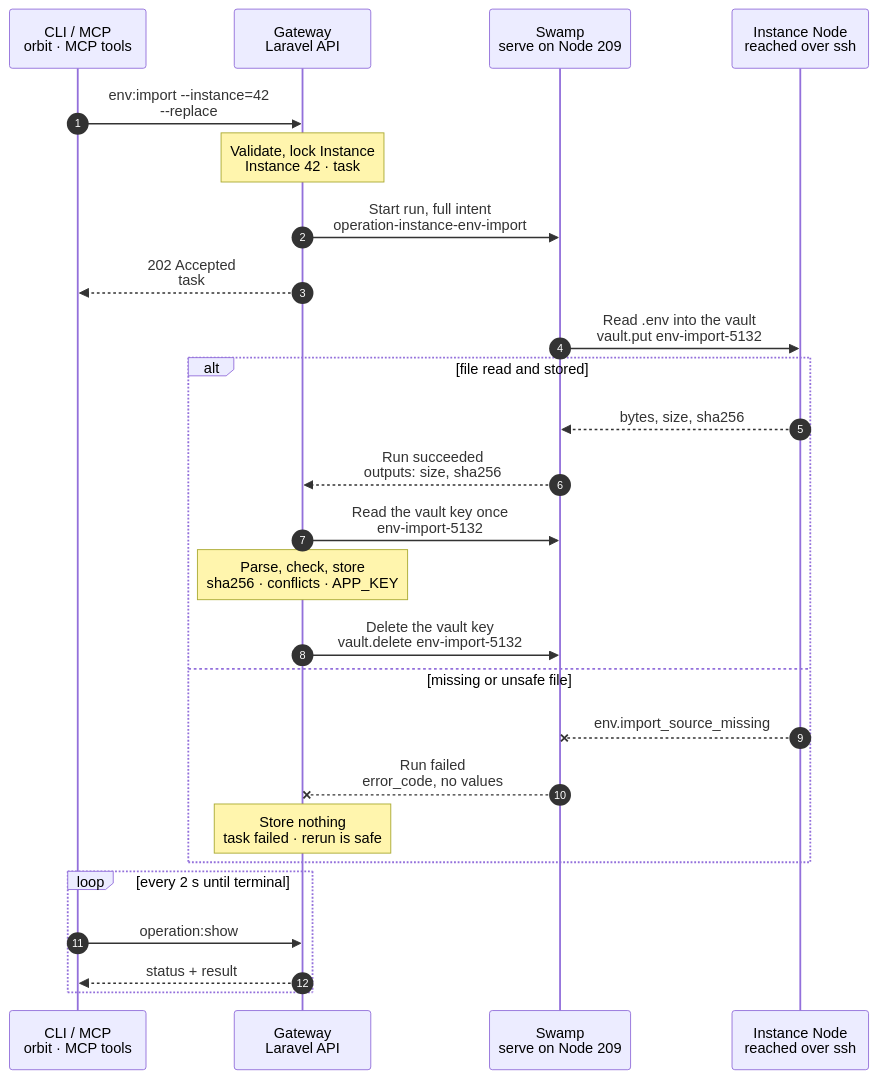
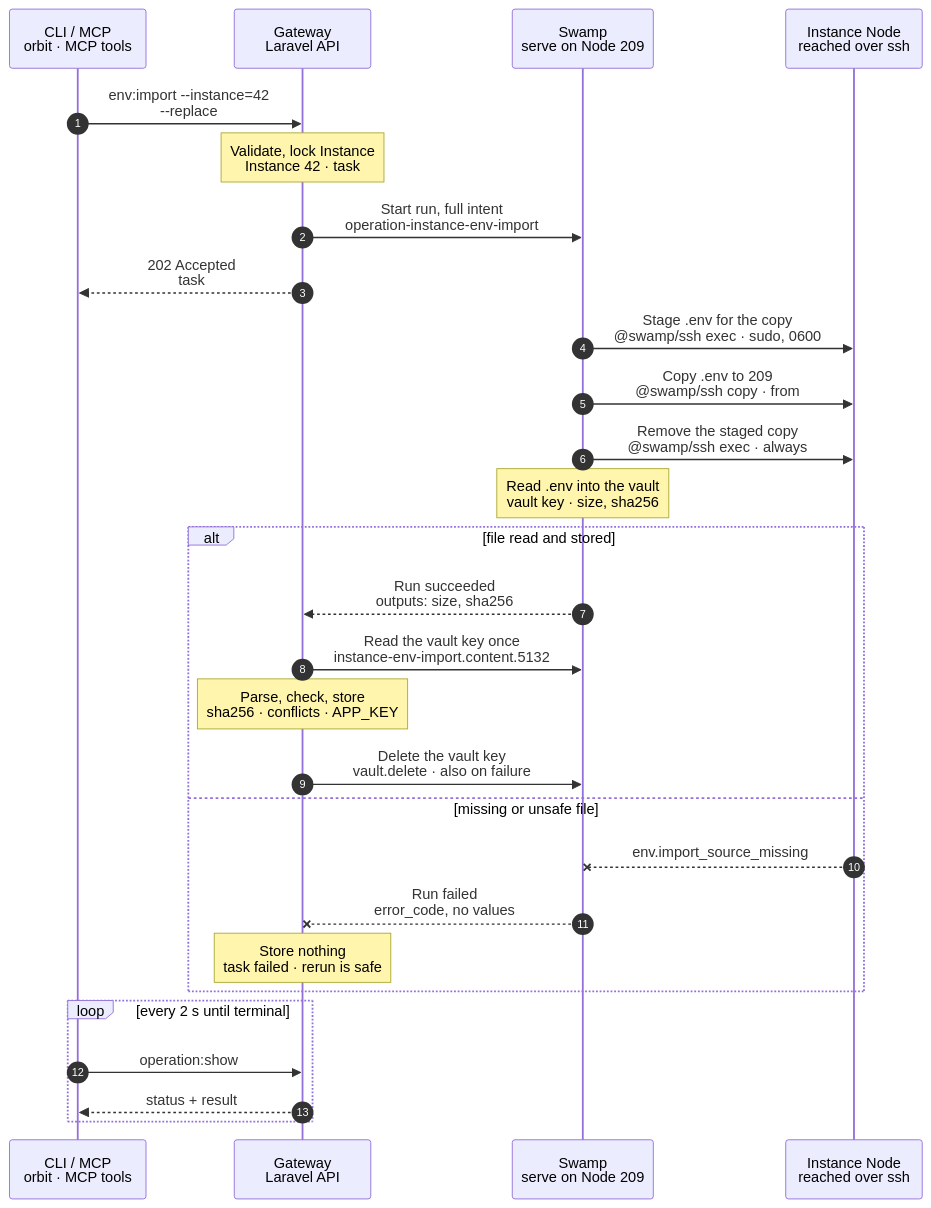
Before and after one commit to hardimpactdev/orbit: the diagram in docs/cli/env/import.mmd, drawn with Mermaid. The commit also changed 29 other files, not shown here.

```diff
--- a/docs/cli/env/import.mmd
+++ b/docs/cli/env/import.mmd
@@ -1,114 +1,124 @@
 sequenceDiagram
-  %% Target design: ADR 0244 task, R2-R4, orbit-gateway-renders-create-env (Gateway owns .env), DECISIONS instance.env_import (vault key env-import-<operation_id>, read once, overwritten empty; retire agent command instance.read-environment). docs/reference/environment-variables.md#import.
+  %% Target design: ADR 0244 task, R2-R4, orbit-gateway-renders-create-env (Gateway owns .env), DECISIONS instance.env_import (vault key instance-env-import.content.<operation_id>, read once, then deleted; retire agent command instance.read-environment). docs/reference/environment-variables.md#import.
   %% Tightened: flow-tighten 2026-11-02, rules 6, 16 (file check folded into the read).
+  %% Ported: the official @swamp/ssh behavior has no read-into-vault method, so the read is three ssh steps (stage, copy, remove) and one store step on 209.
   %% status: draft
   %% command: env:import
   %% kind: instance.env_import
   autonumber
   %% lane CLI icon=terminal pill=caller tone=gray
   %% lane GW icon=gateway pill=intent tone=blue
   %% lane SW icon=workflow pill=executes tone=green
   %% lane N icon=server pill=target tone=amber
   participant CLI as CLI / MCP<br/>orbit · MCP tools
   participant GW as Gateway<br/>Laravel API
   participant SW as Swamp<br/>serve on Node 209
   participant N as Instance Node<br/>reached over ssh
   CLI->>GW: env:import --instance=42<br/>--replace
   %%> Command:
   %%> - `orbit env:import --instance=42 --replace`
   %%> - syntax: `env:import --instance=SELECTOR [--replace] [--json]`
   %%> Input:
   %%> - the Instance: a numeric Instance ID or the exact domain of its Route
   %%> - optional `--replace`: file values replace stored keys with the same name
   %%> Who can call it:
   %%> - the `orbit` CLI and the MCP tool send the same request
   %%> When to use it:
   %%> - to adopt the `.env` of a registered checkout, or keys that someone added on the Node
   %%> - this is the one place where environment values come from a Node
   Note over GW: Validate, lock Instance<br/>Instance 42 · task #5132
   %%> Requirements:
   %%> - your Node has an access grant to Node 12, the Node of Instance 42
   %%> - Instance 42 is active, with complete placement, and Node 12 is active
   %%> - no other task holds Instance 42; the Gateway holds one lock per Instance and waits briefly for a busy one
   %%> Result:
   %%> - task #5132 recorded with the full intent and the `--replace` choice
   %%> - nothing has happened on the Node yet
   GW->>SW: Start run, full intent<br/>operation-instance-env-import
   %%> What it does:
   %%> - starts one Swamp run on serve (Node 209)
   %%> Inputs:
   %%> - Node 12's address and SSH host keys; the SSH identity comes from the `swamp` role
   %%> - the account and the `.env` path from the Instance's placement; the caller cannot choose them
-  %%> - the vault key to write: `env-import-5132`
+  %%> - the vault key to write: `instance-env-import.content.5132`
   GW-->>CLI: 202 Accepted<br/>task #5132
   %%> What you get:
   %%> - the task number, at once
   %%> Next:
   %%> - the CLI follows the task with `operation:show`
-  SW->>N: Read .env into the vault<br/>vault.put env-import-5132
+  SW->>N: Stage .env for the copy<br/>@swamp/ssh exec · sudo, 0600
   %%> How:
   %%> - Swamp reaches Node 12 over SSH from 209 with the official `@swamp/ssh` behavior
   %%> What it does:
-  %%> - reads the raw bytes of `.env` as the Instance account, without following a link, and puts them in the vault key `env-import-5132`
-  %%> - refuses a file that is not a regular file or is larger than 1 MiB (`env.import_source_missing` for no file)
-  %%> - never reads `.env.example`
-  %%> - changes nothing on the Node
+  %%> - checks that `.env` is a regular file of the Instance account, not a link, and at most 1 MiB
+  %%> - copies it to a private 0600 file of the SSH account in `/tmp`
+  %%> - refuses anything else with `env.import_source_missing`; never reads `.env.example`
+  SW->>N: Copy .env to 209<br/>@swamp/ssh copy · from
+  %%> What it does:
+  %%> - copies the staged file from Node 12 to a private file on Node 209
+  %%> Why a separate step:
+  %%> - the official behavior has no method that returns file bytes into the vault
+  SW->>N: Remove the staged copy<br/>@swamp/ssh exec · always
+  %%> What it does:
+  %%> - deletes the staged file on Node 12, also after a failed copy
+  %%> Result:
+  %%> - the Node holds no copy of the values; `.env` itself stays the same
+  Note over SW: Read .env into the vault<br/>vault key · size, sha256
+  %%> What it does:
+  %%> - reads the copy on 209, puts the raw bytes in the vault key `instance-env-import.content.5132`, and deletes the copy
   %%> Why the vault:
   %%> - values are secrets; they never enter run inputs, outputs or logs
   %%> Not included:
   %%> - parses nothing; the Gateway owns the import rules
   alt file read and stored
-    N-->>SW: bytes, size, sha256
-    %%> Returns:
-    %%> - to the step only; the bytes go to the vault, not to the run outputs
     SW-->>GW: Run succeeded<br/>outputs: size, sha256
     %%> How the Gateway learns it:
     %%> - its shared run reader sees the terminal event; Swamp never calls the Gateway
     %%> Outputs:
     %%> - the file size and its sha256, no values
-    GW->>SW: Read the vault key once<br/>env-import-5132
+    GW->>SW: Read the vault key once<br/>instance-env-import.content.5132
     %%> What it does:
     %%> - reads the bytes from Swamp's vault on Node 209, once
     %%> Why:
     %%> - this is the only direction change of R3: the values flow Node → vault → Gateway
     Note over GW: Parse, check, store<br/>sha256 · conflicts · APP_KEY
     %%> What it does:
-    %%> - checks the sha256 against the run output
+    %%> - checks the sha256 against the run output; a mismatch stores nothing (`env.import_unconfirmed`)
     %%> - parses the file as phpdotenv does: quotes, escapes, multiline values, expansion within the file
     %%> - Laravel: stores `APP_URL` as `https://{{instance.domain}}`; an empty `APP_KEY` reuses the stored key or gets a new one
     %%> Result:
     %%> - the keys are stored encrypted; task #5132 succeeds with `changed` and the key count
     %%> - without `--replace`, a key that is already stored stores nothing and fails the task (`env.import_conflict`)
     %%> - a duplicate key or invalid syntax stores nothing (`env.configuration_invalid`)
     %%> Not included:
     %%> - the file on the Node stays the same; run `env:sync` to write it
-    GW->>SW: Delete the vault key<br/>vault.delete env-import-5132
+    GW->>SW: Delete the vault key<br/>vault.delete · also on failure
     %%> What it does:
-    %%> - deletes the vault key with the native `vault.delete` frame, also after a refused import
+    %%> - deletes the vault key with the native `vault.delete` frame, also after a refused import or a failed run
     %%> Why:
     %%> - the key held the file's values; nothing keeps them after the import
   else missing or unsafe file
     N--xSW: env.import_source_missing
     %%> When:
     %%> - the file is missing, a link, owned by another user, or over 1 MiB
     %%> - SSH fails
     SW--xGW: Run failed<br/>error_code, no values
     %%> The Gateway reads:
     %%> - which step failed and its error code
     Note over GW: Store nothing<br/>task failed · rerun is safe
     %%> Result:
     %%> - stored configuration stays as it was
     %%> - task #5132 fails
     %%> On the Node:
     %%> - nothing changed
     %%> Retry:
     %%> - fix or restore the file, then run `env:import` again; it is a new task
   end
   loop every 2 s until terminal
     CLI->>GW: operation:show #5132
     %%> What it does:
     %%> - asks for the task's status every 2 seconds until it has ended
     GW-->>CLI: status + result
     %%> Returns:
     %%> - the current status, and the result once the task has ended
   end
```
